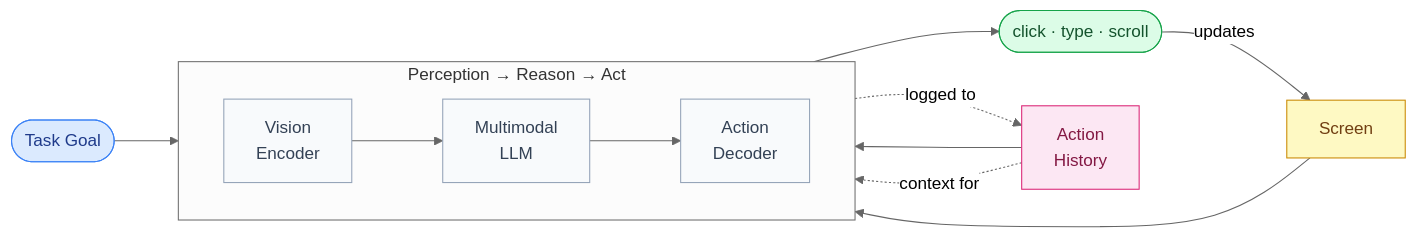
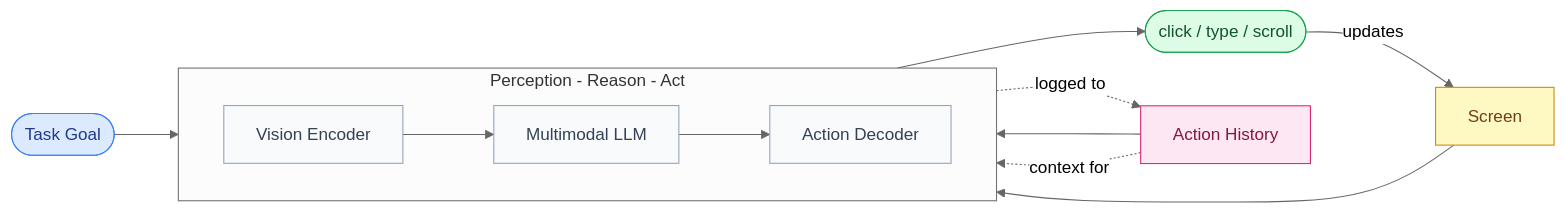
One commit to sumehta/sumehta.github.io changed the diagram in sumehta.github.io/_posts/2026-05-30-computer-use-agents.md. Above: the diagram before and after it, drawn with Mermaid.

Commit message:
Fix Mermaid syntax error by removing Unicode characters
Mermaid 11 chokes on unicode arrows and middle dots in labels/edge text.
Replaced with ASCII equivalents.

```diff
--- a/sumehta.github.io/_posts/2026-05-30-computer-use-agents.md
+++ b/sumehta.github.io/_posts/2026-05-30-computer-use-agents.md
@@ -52,33 +52,33 @@
 <div class="mermaid">
 %%{init: {'theme': 'neutral', 'flowchart': {'curve': 'basis', 'nodeSpacing': 50, 'rankSpacing': 60}}}%%
 flowchart LR
     goal(["Task Goal"])
-    output(["click · type · scroll"])
+    output(["click / type / scroll"])
 
-    subgraph agent["  Perception → Reason → Act  "]
+    subgraph agent["Perception - Reason - Act"]
         direction LR
-        perceive["Vision\nEncoder"]
-        reason["Multimodal\nLLM"]
-        act["Action\nDecoder"]
+        perceive["Vision Encoder"]
+        reason["Multimodal LLM"]
+        act["Action Decoder"]
         perceive --> reason --> act
     end
 
     screen["Screen"]
-    history["Action\nHistory"]
+    history["Action History"]
 
     goal      --> reason
     screen    --> perceive
     history   --> reason
     act       --> output
-    output    -->|"updates"| screen
-    act      -.->|"logged to"| history
-    history  -.->|"context for"| reason
+    output    -->|updates| screen
+    act      -.->|logged to| history
+    history  -.->|context for| reason
 
     style goal    fill:#dbeafe,stroke:#3b82f6,color:#1e3a8a
     style output  fill:#dcfce7,stroke:#16a34a,color:#14532d
     style screen  fill:#fef9c3,stroke:#ca8a04,color:#713f12
     style history fill:#fce7f3,stroke:#db2777,color:#831843
     style perceive fill:#f8fafc,stroke:#94a3b8,color:#334155
     style reason   fill:#f8fafc,stroke:#94a3b8,color:#334155
     style act      fill:#f8fafc,stroke:#94a3b8,color:#334155
 </div>
```
